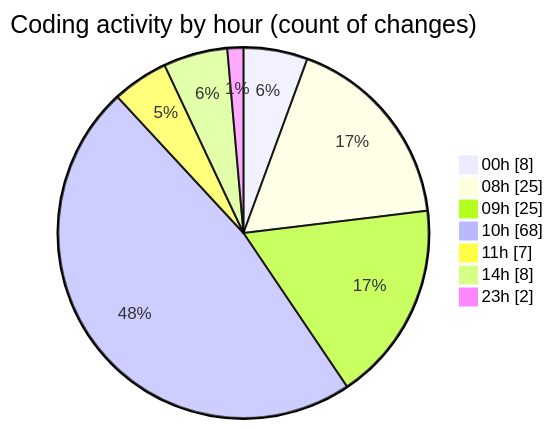
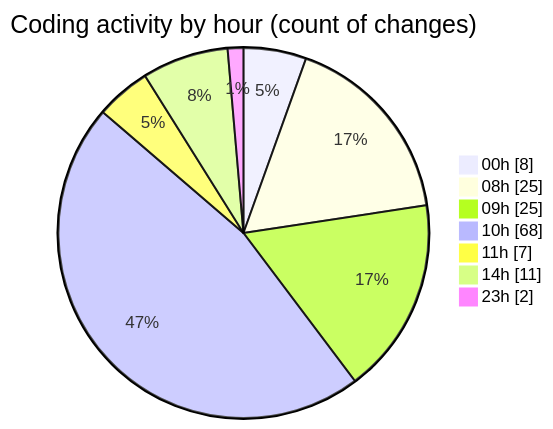
One commit to EIIisD/code-tracking changed the second of 2 diagrams in 2025-08-13/ribbon/README.md. Above: the diagram before and after it, drawn with Mermaid. The commit also changed other lines of this file and 1 other file, not shown here.

````diff
--- a/2025-08-13/ribbon/README.md
+++ b/2025-08-13/ribbon/README.md
@@ -40,11 +40,11 @@
 ```mermaid
 pie showData
 title Coding activity by hour (count of changes)
 "00h" : 8
 "08h" : 25
 "09h" : 25
 "10h" : 68
 "11h" : 7
-"14h" : 8
+"14h" : 11
 "23h" : 2
 ```
````
